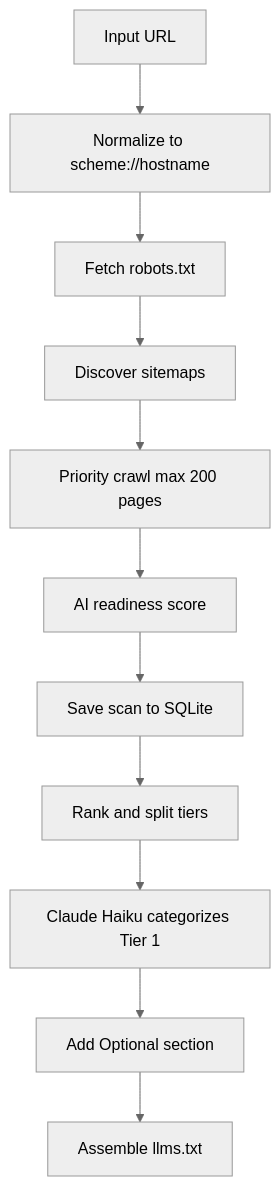
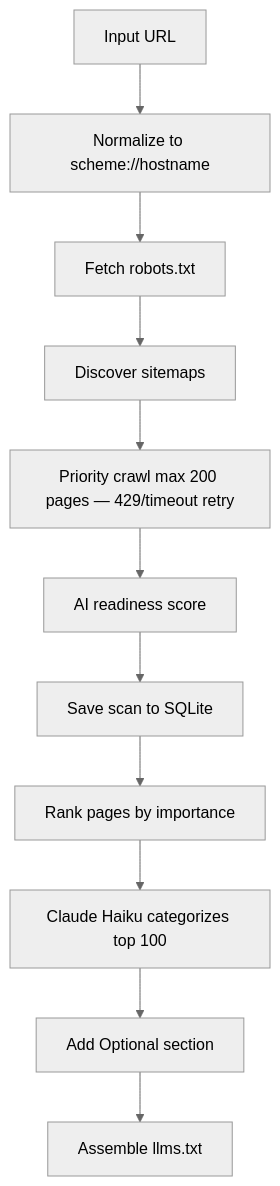
One commit to racheler15/llms-txt-rachel-lin changed the first of 2 diagrams in backend/README.md. Above: the diagram before and after it, drawn with Mermaid (neutral theme). The commit also changed other lines of this file and 2 other files, not shown here.

Commit message:
Document pipeline, database, and design rationale for take-home demo. Add purpose, implementation notes, limitations, database schema, 429 retry flow, and an updated architecture diagram.

````diff
--- a/backend/README.md
+++ b/backend/README.md
@@ -9,13 +9,13 @@
 ```mermaid
 flowchart TD
   input[Input URL] --> normalize[Normalize to scheme://hostname]
   normalize --> robots[Fetch robots.txt]
   robots --> sitemap[Discover sitemaps]
-  sitemap --> crawl[Priority crawl max 200 pages]
+  sitemap --> crawl[Priority crawl max 200 pages — 429/timeout retry]
   crawl --> readiness[AI readiness score]
   readiness --> persist[Save scan to SQLite]
-  persist --> tier[Rank and split tiers]
-  tier --> claude[Claude Haiku categorizes Tier 1]
+  persist --> rank[Rank pages by importance]
+  rank --> claude[Claude Haiku categorizes top 100]
   claude --> optional[Add Optional section]
   optional --> output[Assemble llms.txt]
 ```
````
